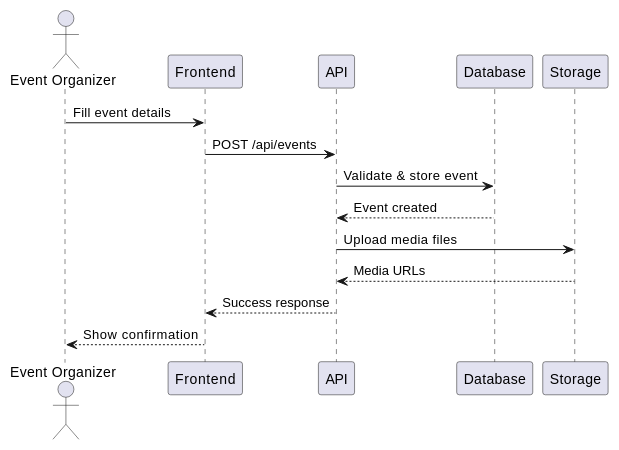
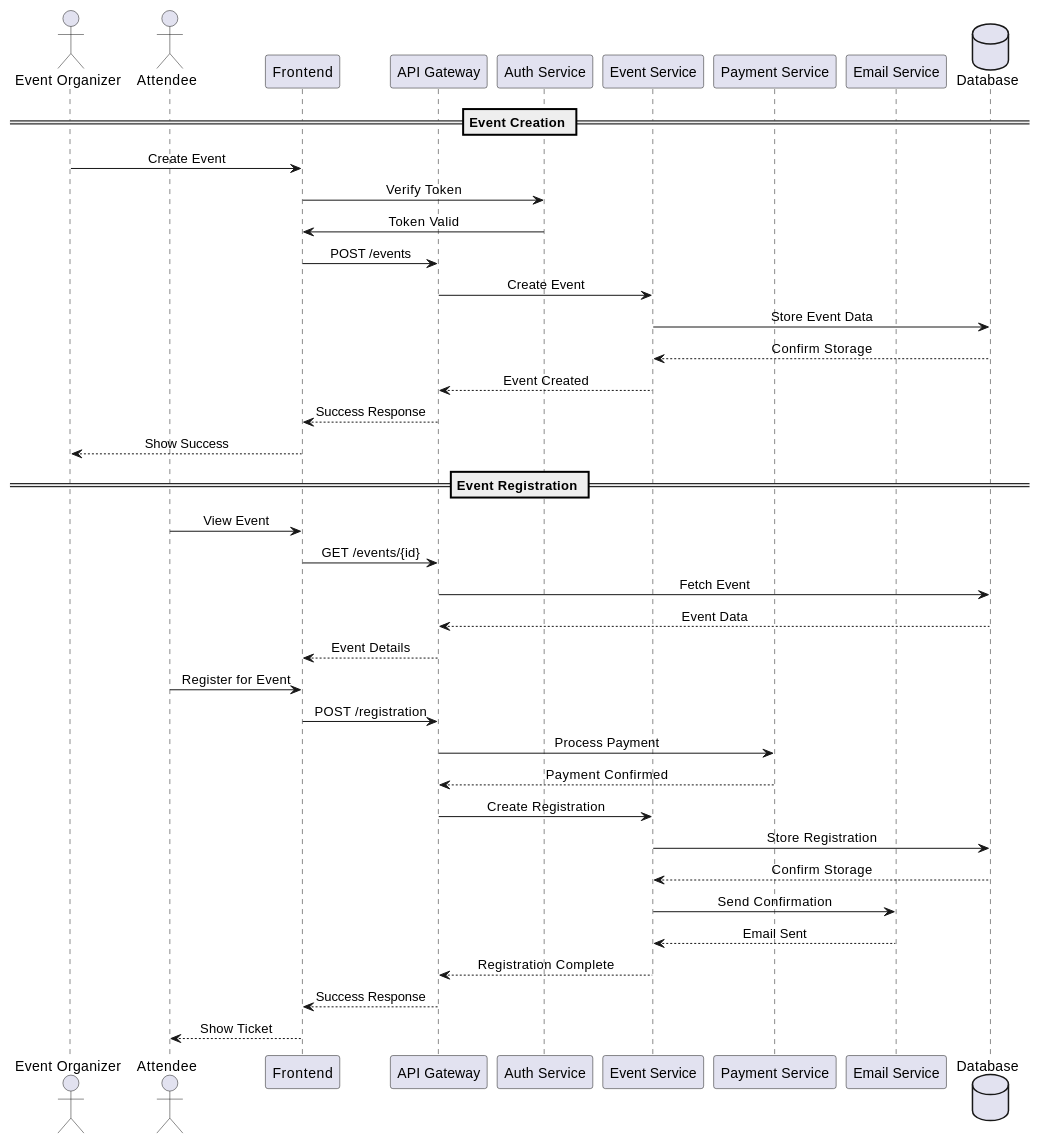
The third of 7 diagrams in chapter-3.md (LazyEllis/eventify), drawn with PlantUML before and after one commit. The commit also changed other lines of this file, not shown here.

Commit message:
Rework Architecture Diagrams

````diff
--- a/chapter-3.md
+++ b/chapter-3.md
@@ -401,19 +429,49 @@
 ```plantuml
-@startuml Event Creation Sequence
+@startuml Sequence Diagram
+
+skinparam sequenceMessageAlign center
+
 actor "Event Organizer" as organizer
+actor "Attendee" as attendee
 participant "Frontend" as ui
-participant "API" as api
-participant "Database" as db
-participant "Storage" as storage
+participant "API Gateway" as api
+participant "Auth Service" as auth
+participant "Event Service" as event
+participant "Payment Service" as payment
+participant "Email Service" as email
+database "Database" as db
 
-organizer -> ui: Fill event details
-ui -> api: POST /api/events
-api -> db: Validate & store event
-db --> api: Event created
-api -> storage: Upload media files
-storage --> api: Media URLs
-api --> ui: Success response
-ui --> organizer: Show confirmation
+== Event Creation ==
+organizer -> ui: Create Event
+ui -> auth: Verify Token
+auth -> ui: Token Valid
+ui -> api: POST /events
+api -> event: Create Event
+event -> db: Store Event Data
+db --> event: Confirm Storage
+event --> api: Event Created
+api --> ui: Success Response
+ui --> organizer: Show Success
+
+== Event Registration ==
+attendee -> ui: View Event
+ui -> api: GET /events/{id}
+api -> db: Fetch Event
+db --> api: Event Data
+api --> ui: Event Details
+
+attendee -> ui: Register for Event
+ui -> api: POST /registration
+api -> payment: Process Payment
+payment --> api: Payment Confirmed
+api -> event: Create Registration
+event -> db: Store Registration
+db --> event: Confirm Storage
+event -> email: Send Confirmation
+email --> event: Email Sent
+event --> api: Registration Complete
+api --> ui: Success Response
+ui --> attendee: Show Ticket
 
 @enduml
 ```
````
